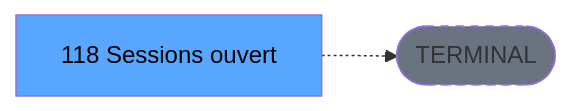
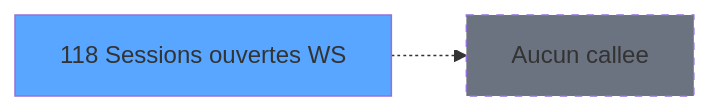
The third of 3 diagrams in .openspec/specs/ADH-IDE-118.md (thonyAGP/magic-migration), drawn with Mermaid before and after one commit. The commit also changed other lines of this file and 311 other files, not shown here.

````diff
--- a/.openspec/specs/ADH-IDE-118.md
+++ b/.openspec/specs/ADH-IDE-118.md
@@ -138,8 +168,8 @@
 ```mermaid
 graph LR
-    T[118 Sessions ouvert]
-    TERM([TERMINAL])
-    T -.-> TERM
-    style TERM fill:#6b7280,stroke-dasharray: 5 5
-    style T fill:#58a6ff,color:#000
+    T118[118 Sessions ouvertes WS]
+    style T118 fill:#58a6ff
+    NONE[Aucun callee]
+    T118 -.-> NONE
+    style NONE fill:#6b7280,stroke-dasharray: 5 5
 ```
````
